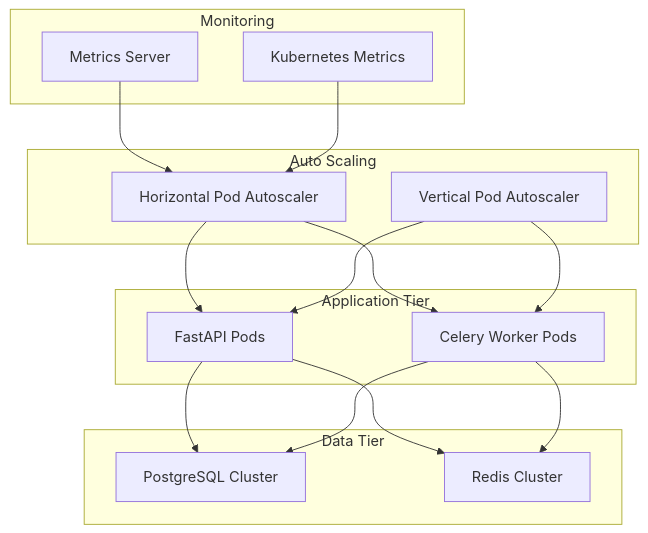
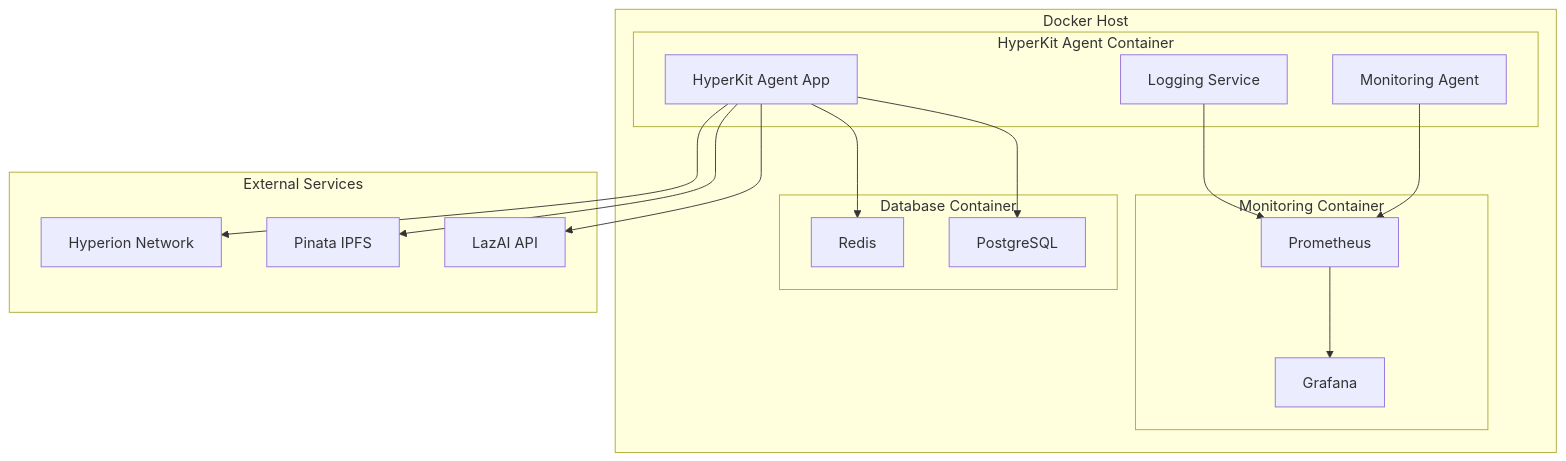
Diagram 11 of 13 in hyperkit-agent/docs/ARCHITECTURE_DIAGRAMS.md (JustineDevs/Hyperkit-Agent), drawn with Mermaid before and after one commit. The commit also changed other lines of this file and 118 other files, not shown here.

````diff
--- a/hyperkit-agent/docs/ARCHITECTURE_DIAGRAMS.md
+++ b/hyperkit-agent/docs/ARCHITECTURE_DIAGRAMS.md
@@ -489,33 +357,36 @@
 ```mermaid
 graph TB
-    subgraph "Auto Scaling"
-        A[Horizontal Pod Autoscaler]
-        B[Vertical Pod Autoscaler]
+    subgraph "Docker Host"
+        subgraph "HyperKit Agent Container"
+            APP[HyperKit Agent App]
+            LOG[Logging Service]
+            MON[Monitoring Agent]
+        end
+        
+        subgraph "Database Container"
+            DB[PostgreSQL]
+            CACHE[Redis]
+        end
+        
+        subgraph "Monitoring Container"
+            PROM[Prometheus]
+            GRAF[Grafana]
+        end
     end
     
-    subgraph "Application Tier"
-        C[FastAPI Pods]
-        D[Celery Worker Pods]
+    subgraph "External Services"
+        LAZAI[LazAI API]
+        PINATA[Pinata IPFS]
+        HYPERION[Hyperion Network]
     end
     
-    subgraph "Data Tier"
-        E[PostgreSQL Cluster]
-        F[Redis Cluster]
-    end
+    APP --> DB
+    APP --> CACHE
+    APP --> LAZAI
+    APP --> PINATA
+    APP --> HYPERION
     
-    subgraph "Monitoring"
-        G[Metrics Server]
-        H[Kubernetes Metrics]
-    end
-    
-    A --> C
-    A --> D
-    B --> C
-    B --> D
-    C --> E
-    D --> E
-    C --> F
-    D --> F
-    G --> A
-    H --> A
+    LOG --> PROM
+    MON --> PROM
+    PROM --> GRAF
 ```
````
